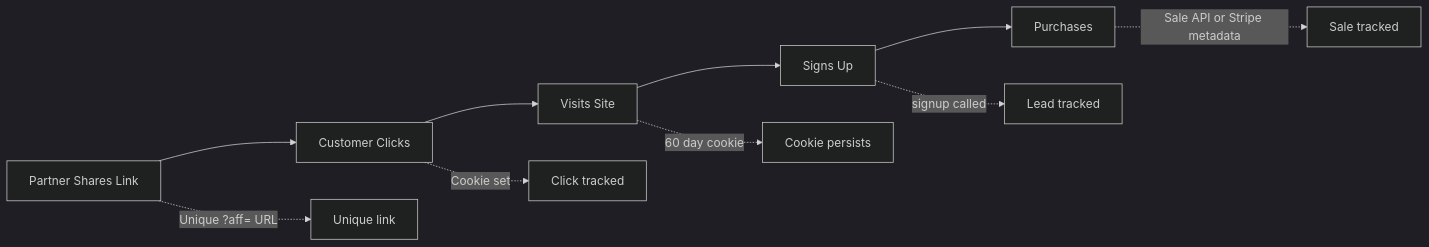
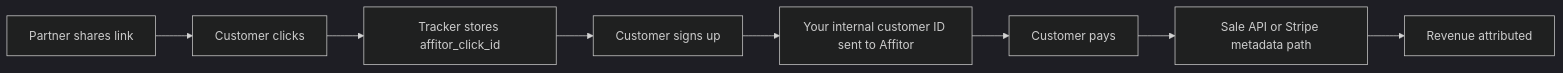
One commit to Affitor/affitor-docs changed the diagram in content/docs/advertisers/tracking/tracking-overview.mdx. Above: the diagram before and after it, drawn with Mermaid (dark theme). The commit also changed other lines of this file and 12 other files, not shown here.

Commit message:
docs: canonicalize docs v2 integration and billing flows

````diff
--- a/content/docs/advertisers/tracking/tracking-overview.mdx
+++ b/content/docs/advertisers/tracking/tracking-overview.mdx
@@ -26,13 +28,10 @@
 ```mermaid
 graph LR
-    A[Partner Shares Link] --> B[Customer Clicks]
-    B --> C[Visits Site]
-    C --> D[Signs Up]
-    D --> E[Purchases]
-    
-    A -.->|Unique ?aff= URL| A1[Unique link]
-    B -.->|Cookie set| B1[Click tracked]
-    C -.->|60 day cookie| C1[Cookie persists]
-    D -.->|signup called| D1[Lead tracked]
-    E -.->|Sale API or Stripe metadata| E1[Sale tracked]
+    A[Partner shares link] --> B[Customer clicks]
+    B --> C[Tracker stores affitor_click_id]
+    C --> D[Customer signs up]
+    D --> E[Your internal customer ID sent to Affitor]
+    E --> F[Customer pays]
+    F --> G[Sale API or Stripe metadata path]
+    G --> H[Revenue attributed]
 ```
````
